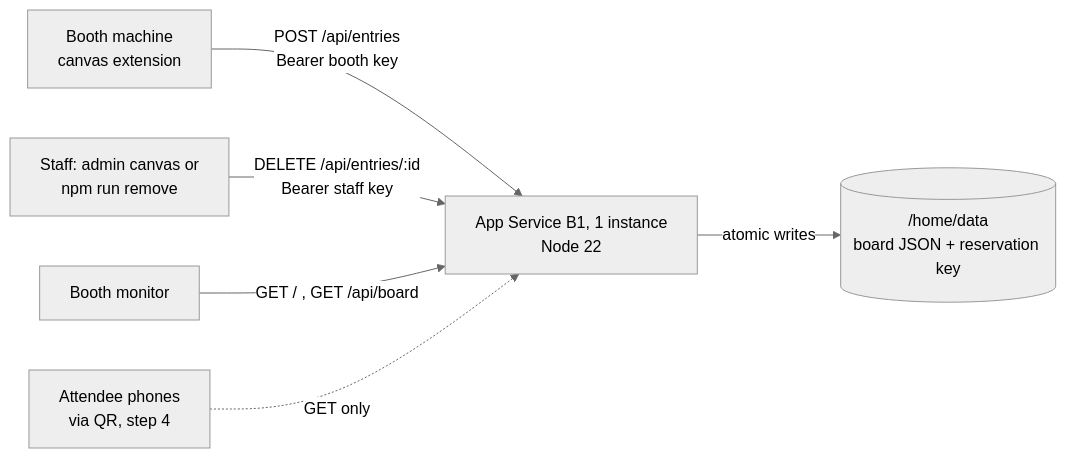
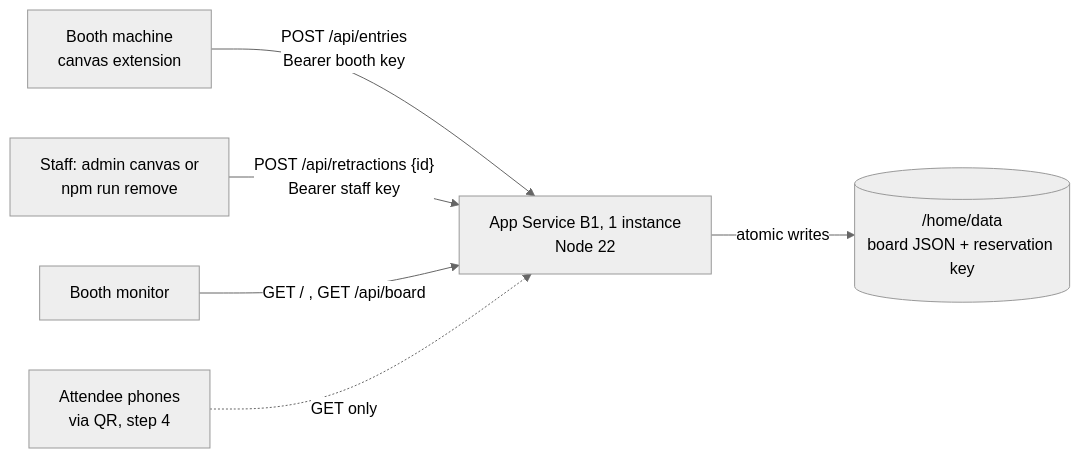
The diagram in .azure/deployment-plan.md (ghlearn/commit-and-sip), drawn with Mermaid (neutral theme) before and after one commit. The commit also changed other lines of this file and 8 other files, not shown here.

````diff
--- a/.azure/deployment-plan.md
+++ b/.azure/deployment-plan.md
@@ -84,8 +84,8 @@
 ```mermaid
 flowchart LR
   booth[Booth machine\ncanvas extension] -- "POST /api/entries\nBearer booth key" --> app
-  staff[Staff: admin canvas or\nnpm run remove] -- "DELETE /api/entries/:id\nBearer staff key" --> app
+  staff[Staff: admin canvas or\nnpm run remove] -- "POST /api/retractions {id}\nBearer staff key" --> app
   monitor[Booth monitor] -- "GET / , GET /api/board" --> app
   phones[Attendee phones\nvia QR, step 4] -. "GET only" .-> app
   app[App Service B1, 1 instance\nNode 22] -- "atomic writes" --> disk[("/home/data\nboard JSON + reservation key")]
 ```
````
